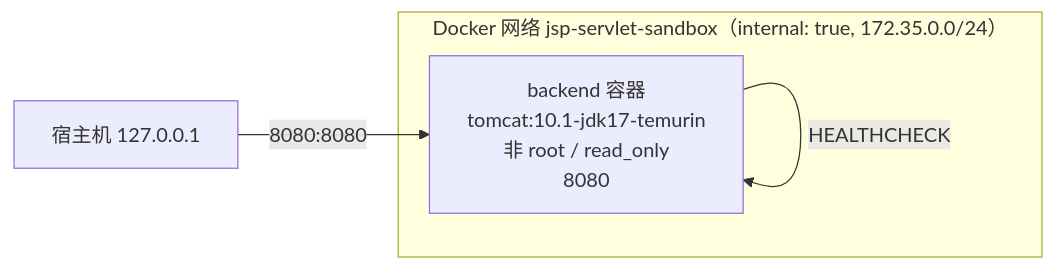
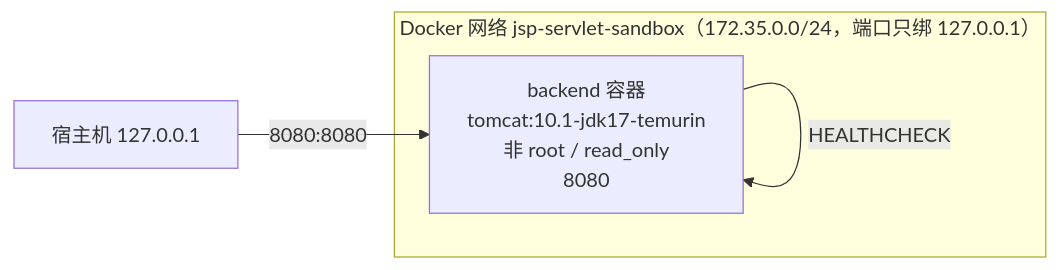
The second of 2 diagrams in templates/jsp-servlet/docs/architecture.md (jacknotes/ai-dev-framework), drawn with Mermaid before and after one commit. The commit also changed other lines of this file and 14 other files, not shown here.

````diff
--- a/templates/jsp-servlet/docs/architecture.md
+++ b/templates/jsp-servlet/docs/architecture.md
@@ -194,8 +194,8 @@
 ```mermaid
 graph LR
-    subgraph "Docker 网络 jsp-servlet-sandbox（internal: true, 172.35.0.0/24）"
+    subgraph "Docker 网络 jsp-servlet-sandbox（172.35.0.0/24，端口只绑 127.0.0.1）"
         B["backend 容器<br/>tomcat:10.1-jdk17-temurin<br/>非 root / read_only<br/>8080"]
     end
     H["宿主机 127.0.0.1"] -->|"8080:8080"| B
     B -->|HEALTHCHECK| B
 ```
````
